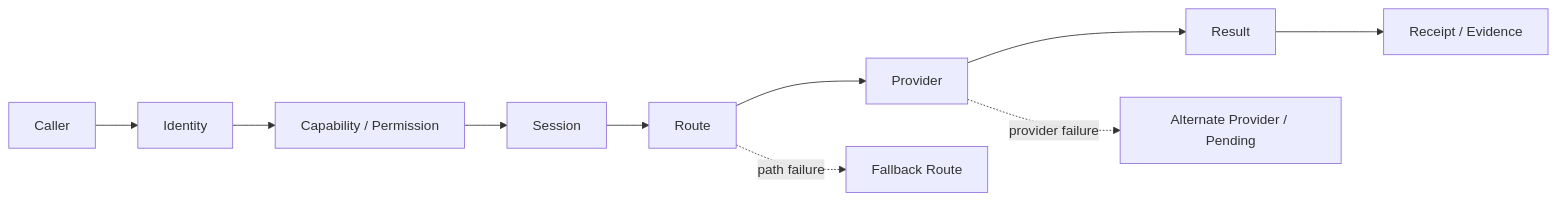
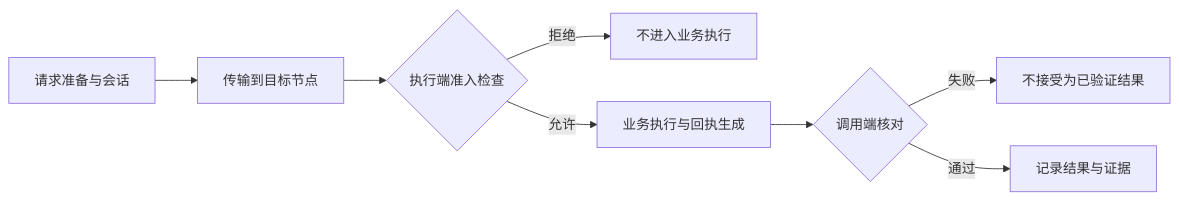
Before and after one commit to xingxuling/TINP: the diagram in docs/ARCHITECTURE.md, drawn with Mermaid. The commit also changed other lines of this file and 9 other files, not shown here.

````diff
--- a/docs/ARCHITECTURE.md
+++ b/docs/ARCHITECTURE.md
@@ -21,13 +13,10 @@
 ```mermaid
 flowchart LR
-    A[Caller] --> B[Identity]
-    B --> C[Capability / Permission]
-    C --> D[Session]
-    D --> E[Route]
-    E --> F[Provider]
-    F --> G[Result]
-    G --> H[Receipt / Evidence]
-
-    E -. path failure .-> I[Fallback Route]
-    F -. provider failure .-> J[Alternate Provider / Pending]
+    A[请求准备与会话] --> B[传输到目标节点]
+    B --> C{执行端准入检查}
+    C -->|拒绝| D[不进入业务执行]
+    C -->|允许| E[业务执行与回执生成]
+    E --> F{调用端核对}
+    F -->|失败| G[不接受为已验证结果]
+    F -->|通过| H[记录结果与证据]
 ```
````
